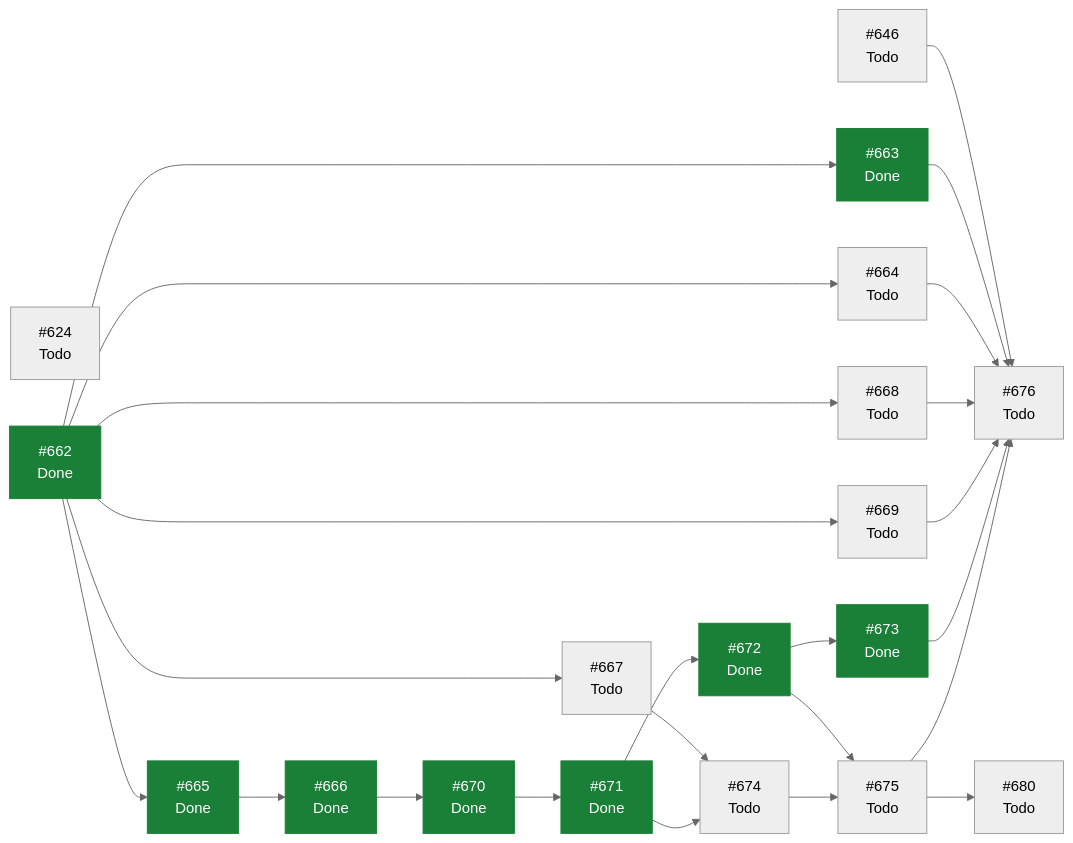
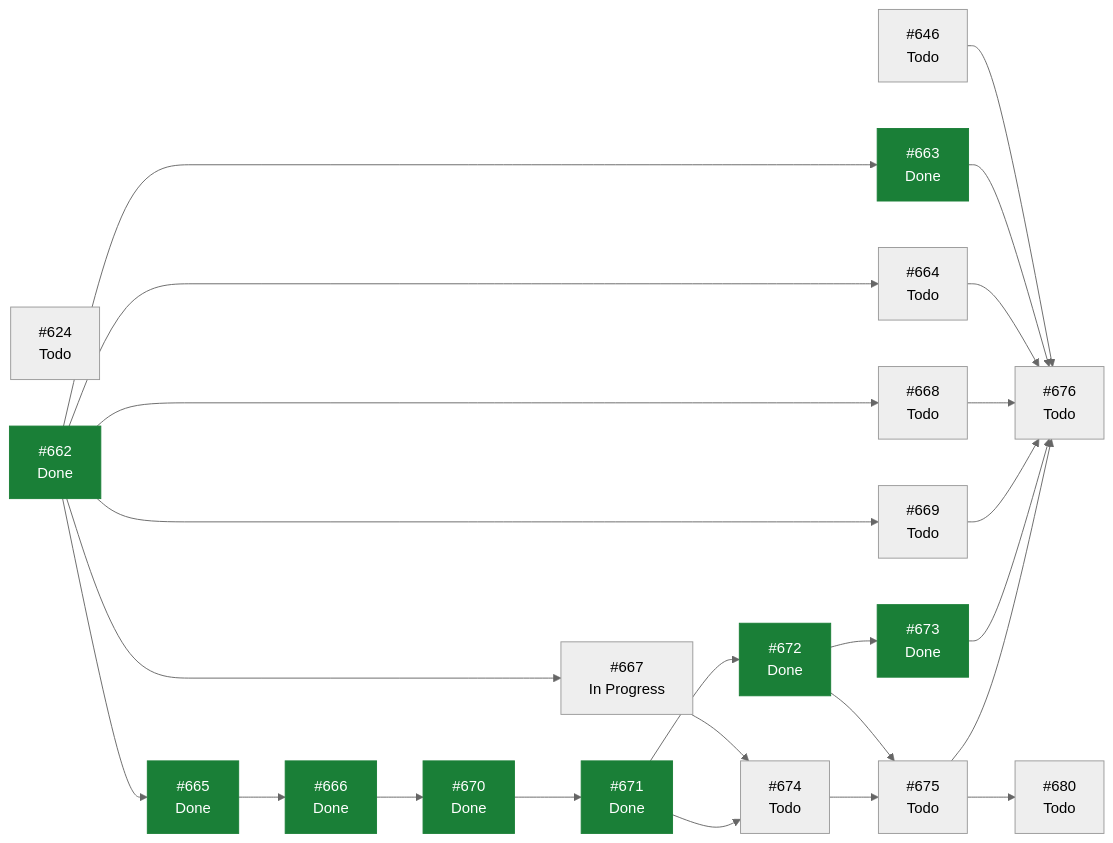
One commit to ecamp0s/evault changed the diagram in docs/planning/STATUS.md. Above: the diagram before and after it, drawn with Mermaid (neutral theme). The commit also changed other lines of this file, not shown here.

````diff
--- a/docs/planning/STATUS.md
+++ b/docs/planning/STATUS.md
@@ -118,46 +118,46 @@
 ```mermaid
 graph LR
   I624["#624<br/>Todo"]
   I646["#646<br/>Todo"]
   I662["#662<br/>Done"]
   I663["#663<br/>Done"]
   I664["#664<br/>Todo"]
   I665["#665<br/>Done"]
   I666["#666<br/>Done"]
-  I667["#667<br/>Todo"]
+  I667["#667<br/>In Progress"]
   I668["#668<br/>Todo"]
   I669["#669<br/>Todo"]
   I670["#670<br/>Done"]
   I671["#671<br/>Done"]
   I672["#672<br/>Done"]
   I673["#673<br/>Done"]
   I674["#674<br/>Todo"]
   I675["#675<br/>Todo"]
   I676["#676<br/>Todo"]
   I680["#680<br/>Todo"]
   I646 --> I676
   I662 --> I663
   I662 --> I664
   I662 --> I665
   I662 --> I667
   I662 --> I668
   I662 --> I669
   I663 --> I676
   I664 --> I676
   I665 --> I666
   I666 --> I670
   I667 --> I674
   I668 --> I676
   I669 --> I676
   I670 --> I671
   I671 --> I672
   I671 --> I674
   I672 --> I673
   I672 --> I675
   I673 --> I676
   I674 --> I675
   I675 --> I676
   I675 --> I680
   classDef hecho fill:#1a7f37,stroke:#1a7f37,color:#fff;
   class I662,I663,I665,I666,I670,I671,I672,I673 hecho;
 ```
````
